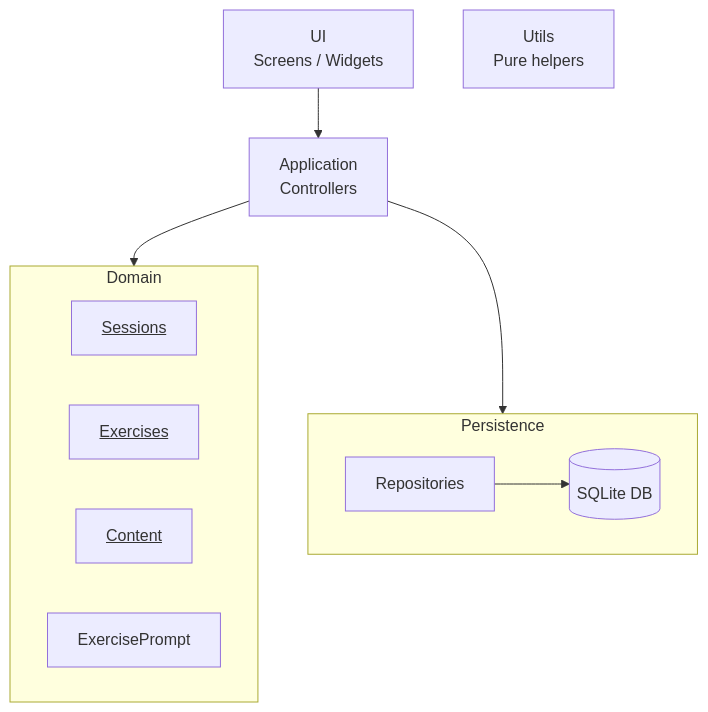
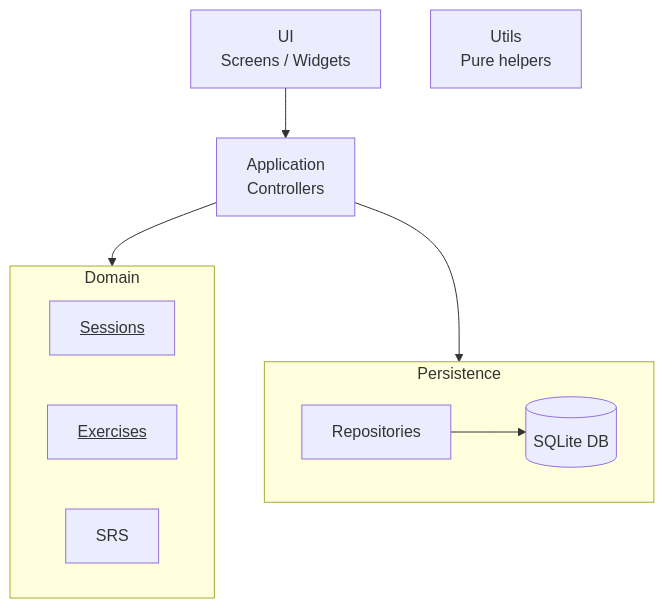
One commit to Antoine-Lagache/psitta changed the diagram in docs/architecture/overview.md. Above: the diagram before and after it, drawn with Mermaid. The commit also changed other lines of this file and 16 other files, not shown here.

````diff
--- a/docs/architecture/overview.md
+++ b/docs/architecture/overview.md
@@ -14,32 +14,31 @@
 ```mermaid
 flowchart TD
     %% UI
     UI["UI<br/>Screens / Widgets"]
 
     %% Application
     APP["Application<br/>Controllers"]
 
     %% Domain (with internal structure)
     subgraph DOM["Domain"]
         DOM_SESS["<u>Sessions</u>"]
         DOM_EXO["<u>Exercises</u>"]
-        DOM_CONTENT["<u>Content</u>"]
-        DOM_PROMPT["ExercisePrompt"]
+        DOM_SRS["SRS"]
     end
 
     %% Persistence
     subgraph PERS["Persistence"]
         REPO["Repositories"]
         DB[(SQLite DB)]
         REPO --> DB
     end
 
     %% Utils (transversal, no explicit dependencies)
     UTILS["Utils<br/>Pure helpers"]
 
     %% Main dependencies
     UI --> APP
     APP --> DOM
     APP --> PERS
 
 ```
````
